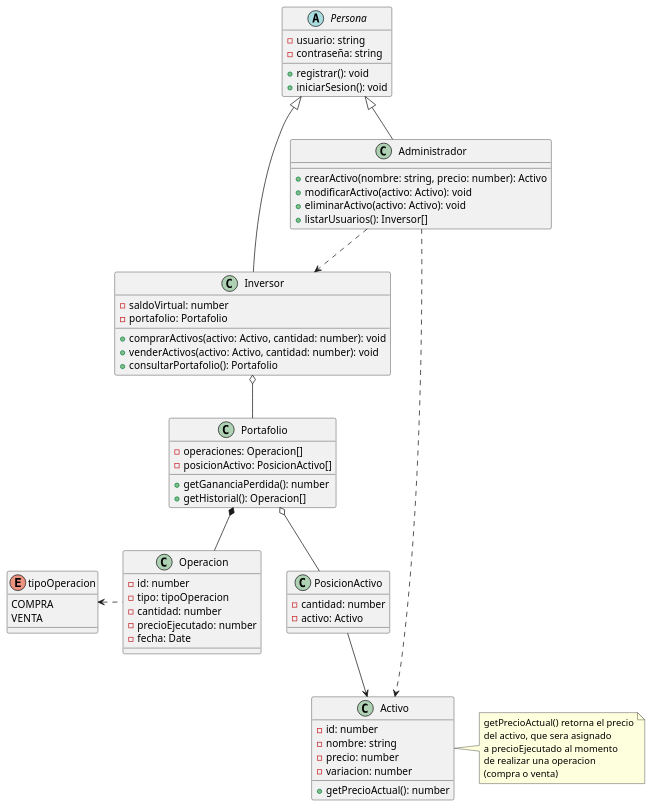
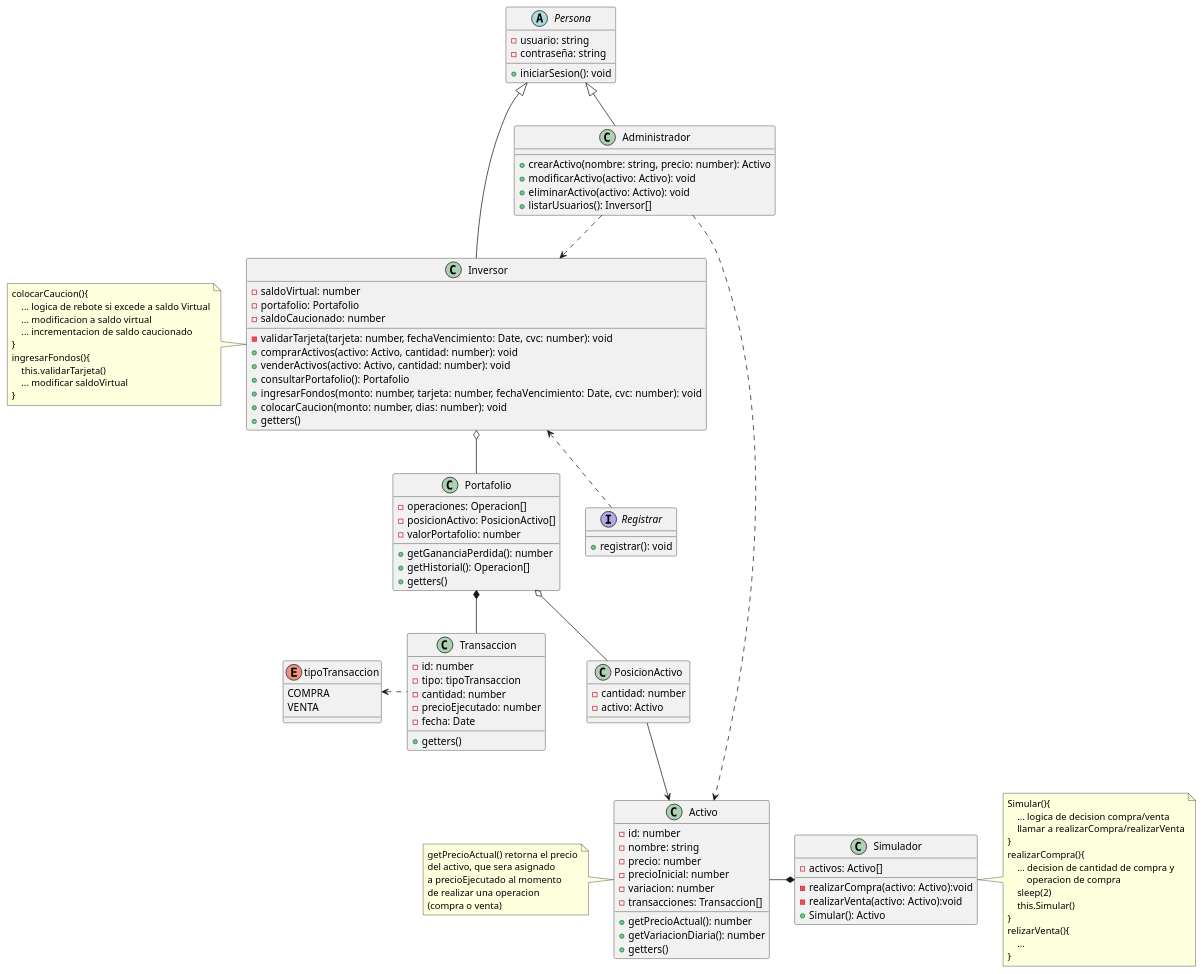
One commit to Nash-Blip/Simulador-de-Inversiones changed the diagram in diagramas/diagrama_de_clases.puml. Above: the diagram before and after it, drawn with PlantUML.

Commit message:
revision diagrama de clases

```diff
--- a/diagramas/diagrama_de_clases.puml
+++ b/diagramas/diagrama_de_clases.puml
@@ -1,77 +1,129 @@
 @startuml name diagrama de clases
 
-enum tipoOperacion{
+enum tipoTransaccion{
     COMPRA
     VENTA
 }
 
 abstract class Persona{
     - usuario: string
     - contraseña: string
+    + iniciarSesion(): void
+}
+
+interface Registrar{
     + registrar(): void
-    + iniciarSesion(): void
 }
 
 class Inversor extends Persona{
     - saldoVirtual: number
     - portafolio: Portafolio
+    - saldoCaucionado: number
 
+    - validarTarjeta(tarjeta: number, fechaVencimiento: Date, cvc: number): void
     + comprarActivos(activo: Activo, cantidad: number): void
     + venderActivos(activo: Activo, cantidad: number): void
-    + consultarPortafolio(): Portafolio 
+    + consultarPortafolio(): Portafolio
+    + ingresarFondos(monto: number, tarjeta: number, fechaVencimiento: Date, cvc: number): void
+    + colocarCaucion(monto: number, dias: number): void
+    + getters()
 }
 
 class Administrador extends Persona{
     + crearActivo(nombre: string, precio: number): Activo
     + modificarActivo(activo: Activo): void
     + eliminarActivo(activo: Activo): void
     + listarUsuarios(): Inversor[]
 }
 
 class Portafolio{
     - operaciones: Operacion[]
     - posicionActivo: PosicionActivo[]
+    - valorPortafolio: number
 
     + getGananciaPerdida(): number
     + getHistorial(): Operacion[]
+    + getters()
 }
 
 class PosicionActivo{
     - cantidad: number
     - activo: Activo
 }
 
 class Activo{
     - id: number
     - nombre: string
     - precio: number
+    - precioInicial: number
     - variacion: number
+    - transacciones: Transaccion[]
     + getPrecioActual(): number
+    + getVariacionDiaria(): number
+    + getters()
 }
 
-class Operacion{
+class Transaccion{
     - id: number
-    - tipo: tipoOperacion
+    - tipo: tipoTransaccion
     - cantidad: number
     - precioEjecutado: number
     - fecha: Date
+    + getters()
 }
 
-note right of Activo
+class Simulador{
+    - activos: Activo[]
+
+    - realizarCompra(activo: Activo):void
+    - realizarVenta(activo: Activo):void
+    + Simular(): Activo
+}
+
+note left of Activo
     getPrecioActual() retorna el precio
     del activo, que sera asignado
     a precioEjecutado al momento
     de realizar una operacion
     (compra o venta)
 end note
 
+note right of Simulador 
+    Simular(){
+        ... logica de decision compra/venta
+        llamar a realizarCompra/realizarVenta
+    }
+    realizarCompra(){
+        ... decision de cantidad de compra y 
+            operacion de compra
+        sleep(2)
+        this.Simular()
+    }
+    relizarVenta(){
+        ...
+    }
+end note
+
+note left of Inversor 
+    colocarCaucion(){
+        ... logica de rebote si excede a saldo Virtual
+        ... modificacion a saldo virtual
+        ... incrementacion de saldo caucionado
+    }
+    ingresarFondos(){
+        this.validarTarjeta()
+        ... modificar saldoVirtual
+    }
+end note
 
 Inversor o-- Portafolio 
-Portafolio *-- Operacion
-Operacion .l.> tipoOperacion
+Portafolio *-- Transaccion
+Transaccion .l.> tipoTransaccion
 Administrador ..> Activo
 Portafolio o-- PosicionActivo
 PosicionActivo --> Activo
 Administrador ..> Inversor
+Registrar .u.> Inversor
+Simulador *-l- Activo
 
 @enduml
```
